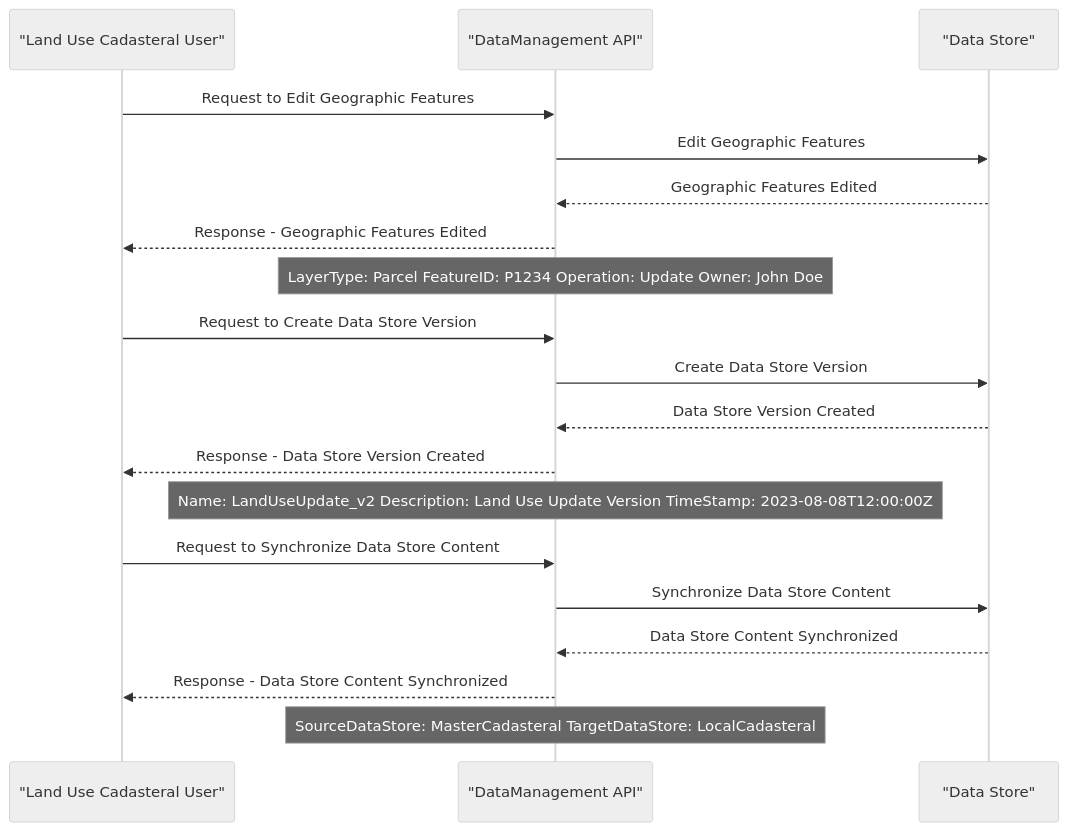
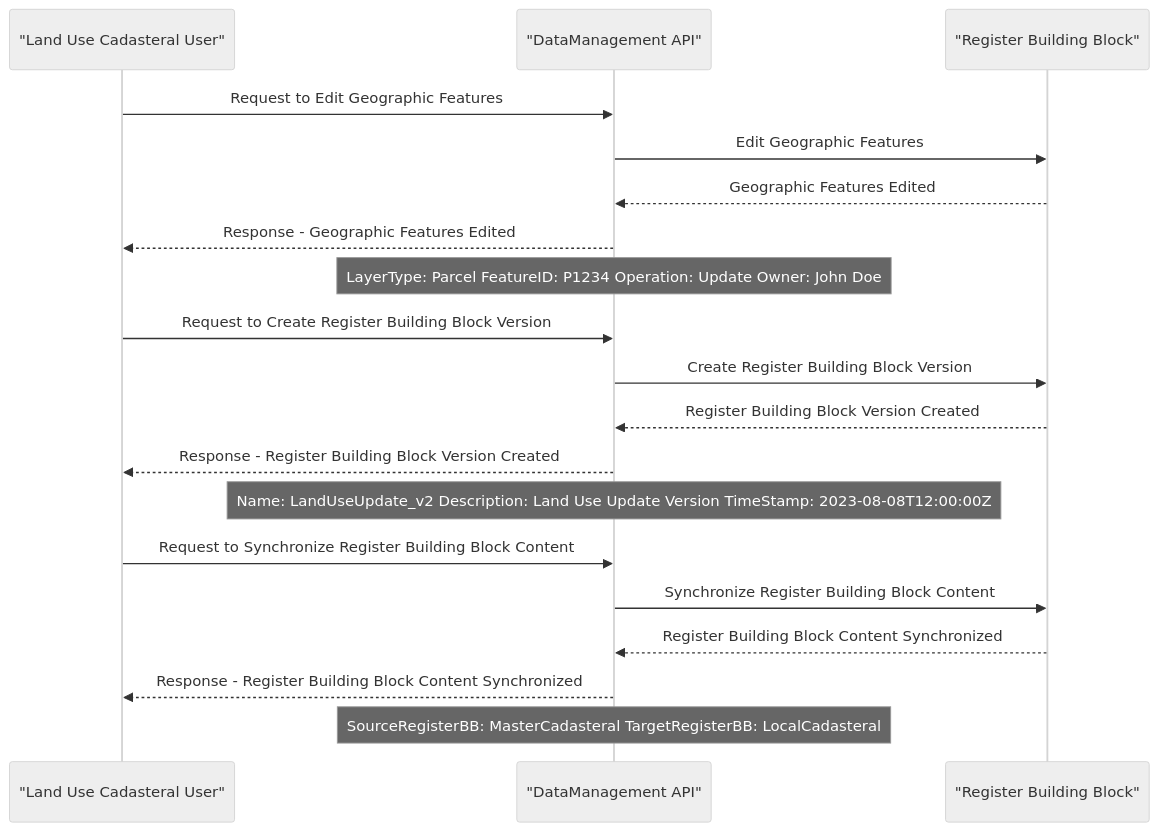
The eighth of 18 diagrams in spec/9-workflows.md (GovStackWorkingGroup/bb-gis), drawn with Mermaid (neutral theme) before and after one commit. The commit also changed other lines of this file and 20 other files, not shown here.

````diff
--- a/spec/9-workflows.md
+++ b/spec/9-workflows.md
@@ -277,25 +278,25 @@
 ```mermaid
 sequenceDiagram
   participant LandUseCadastralUser as "Land Use Cadasteral User"
   participant DataManagementAPI as "DataManagement API"
-  participant DataStore as "Data Store"
+  participant RegisterBB as "Register Building Block"
 
   LandUseCadastralUser ->> DataManagementAPI: Request to Edit Geographic Features
-  DataManagementAPI ->> DataStore: Edit Geographic Features
-  DataStore -->> DataManagementAPI: Geographic Features Edited
+  DataManagementAPI ->> RegisterBB: Edit Geographic Features
+  RegisterBB -->> DataManagementAPI: Geographic Features Edited
   DataManagementAPI -->> LandUseCadastralUser: Response - Geographic Features Edited
   Note over DataManagementAPI: LayerType: Parcel FeatureID: P1234 Operation: Update Owner: John Doe
 
-  LandUseCadastralUser ->> DataManagementAPI: Request to Create Data Store Version
-  DataManagementAPI ->> DataStore: Create Data Store Version
-  DataStore -->> DataManagementAPI: Data Store Version Created
-  DataManagementAPI -->> LandUseCadastralUser: Response - Data Store Version Created
+  LandUseCadastralUser ->> DataManagementAPI: Request to Create Register Building Block Version
+  DataManagementAPI ->> RegisterBB: Create Register Building Block Version
+  RegisterBB -->> DataManagementAPI: Register Building Block Version Created
+  DataManagementAPI -->> LandUseCadastralUser: Response - Register Building Block Version Created
   Note over DataManagementAPI: Name: LandUseUpdate_v2 Description: Land Use Update Version TimeStamp: 2023-08-08T12:00:00Z
 
-  LandUseCadastralUser ->> DataManagementAPI: Request to Synchronize Data Store Content
-  DataManagementAPI ->> DataStore: Synchronize Data Store Content
-  DataStore -->> DataManagementAPI: Data Store Content Synchronized
-  DataManagementAPI -->> LandUseCadastralUser: Response - Data Store Content Synchronized
-  Note over DataManagementAPI: SourceDataStore: MasterCadasteral TargetDataStore: LocalCadasteral
+  LandUseCadastralUser ->> DataManagementAPI: Request to Synchronize Register Building Block Content
+  DataManagementAPI ->> RegisterBB: Synchronize Register Building Block Content
+  RegisterBB -->> DataManagementAPI: Register Building Block Content Synchronized
+  DataManagementAPI -->> LandUseCadastralUser: Response - Register Building Block Content Synchronized
+  Note over DataManagementAPI: SourceRegisterBB: MasterCadasteral TargetRegisterBB: LocalCadasteral
 
 ```
````
